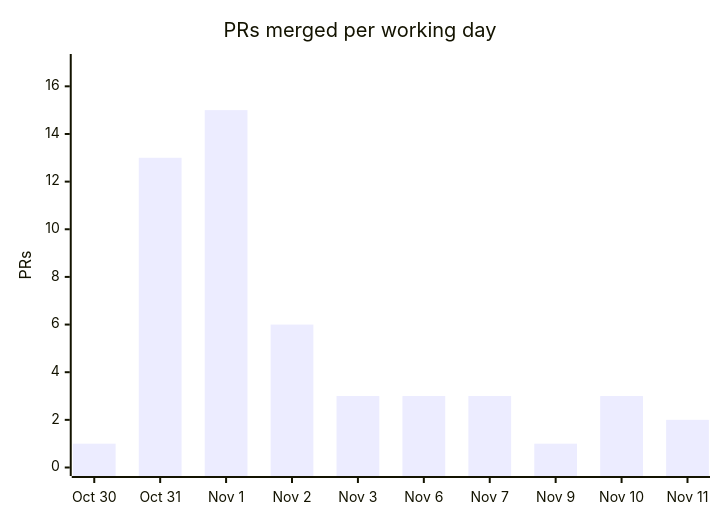
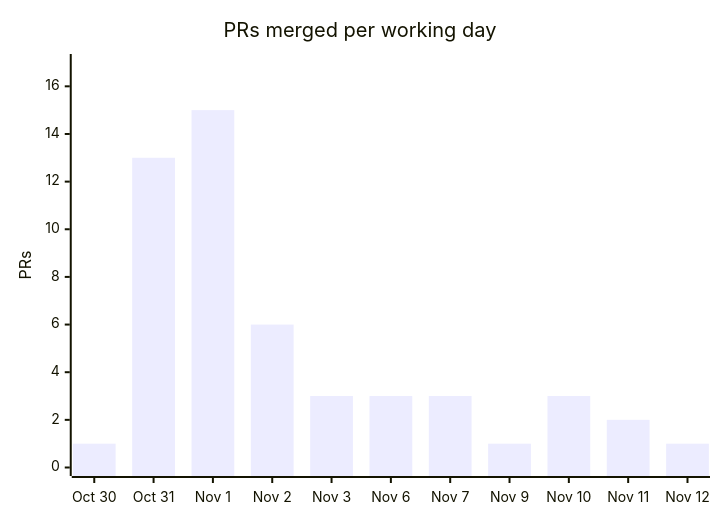
Before and after one commit to cmprssd/nfsh: the fourth of 4 diagrams in docs/OVERVIEW.md, drawn with Mermaid. The commit also changed other lines of this file and 2 other files, not shown here.

````diff
--- a/docs/OVERVIEW.md
+++ b/docs/OVERVIEW.md
@@ -139,7 +139,7 @@
 ```mermaid
 xychart-beta
     title "PRs merged per working day"
-    x-axis ["Oct 30", "Oct 31", "Nov 1", "Nov 2", "Nov 3", "Nov 6", "Nov 7", "Nov 9", "Nov 10", "Nov 11"]
+    x-axis ["Oct 30", "Oct 31", "Nov 1", "Nov 2", "Nov 3", "Nov 6", "Nov 7", "Nov 9", "Nov 10", "Nov 11", "Nov 12"]
     y-axis "PRs" 0 --> 17
-    bar [1, 13, 15, 6, 3, 3, 3, 1, 3, 2]
+    bar [1, 13, 15, 6, 3, 3, 3, 1, 3, 2, 1]
 ```
````
